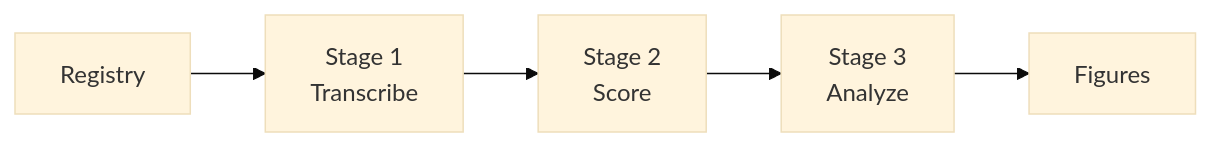
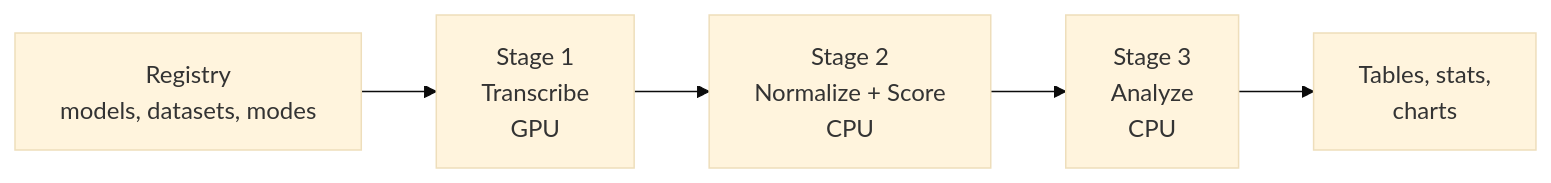
One commit to theshivam7/indian-asr-bench changed the diagram in README.md. Above: the diagram before and after it, drawn with Mermaid (base theme). The commit also changed other lines of this file and 23 other files, not shown here.

````diff
--- a/README.md
+++ b/README.md
@@ -63,7 +68,7 @@
 ```mermaid
 flowchart LR
-    A[Registry] --> B[Stage 1\nTranscribe]
-    B --> C[Stage 2\nScore]
-    C --> D[Stage 3\nAnalyze]
-    D --> E[Figures]
+    A["Registry<br>models, datasets, modes"] --> B["Stage 1<br>Transcribe<br>GPU"]
+    B --> C["Stage 2<br>Normalize + Score<br>CPU"]
+    C --> D["Stage 3<br>Analyze<br>CPU"]
+    D --> E["Tables, stats,<br>charts"]
 ```
````
